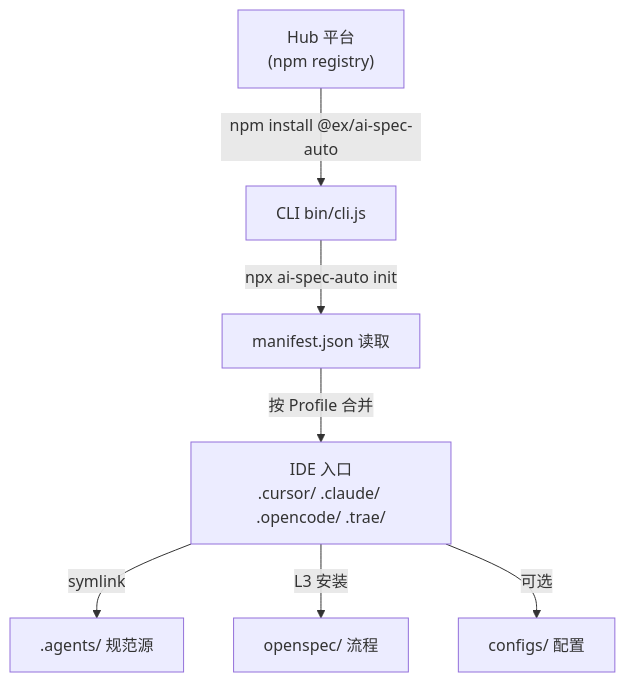
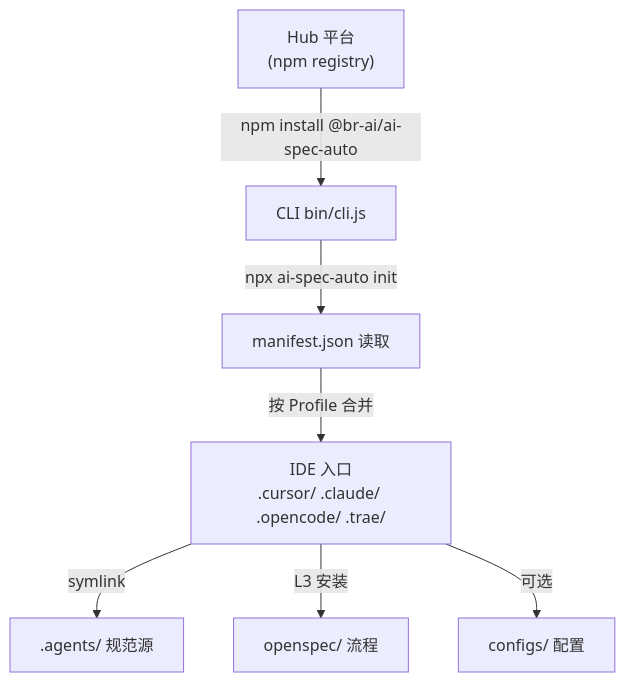
Before and after one commit to Colouful/br-ai-spec: the third of 5 diagrams in docs/four/files/TECH_技术架构文档.md, drawn with Mermaid. The commit also changed other lines of this file and 38 other files, not shown here.

````diff
--- a/docs/four/files/TECH_技术架构文档.md
+++ b/docs/four/files/TECH_技术架构文档.md
@@ -216,9 +216,9 @@
 ```mermaid
 graph TB
-    H["Hub 平台<br/>(npm registry)"] -->|"npm install @ex/ai-spec-auto"| C["CLI bin/cli.js"]
+    H["Hub 平台<br/>(npm registry)"] -->|"npm install @br-ai/ai-spec-auto"| C["CLI bin/cli.js"]
     C -->|"npx ai-spec-auto init"| M["manifest.json 读取"]
     M -->|"按 Profile 合并"| I["IDE 入口<br/>.cursor/ .claude/ .opencode/ .trae/"]
     I -->|"symlink"| A[".agents/ 规范源"]
     I -->|"L3 安装"| O["openspec/ 流程"]
     I -->|"可选"| G["configs/ 配置"]
 ```
````
